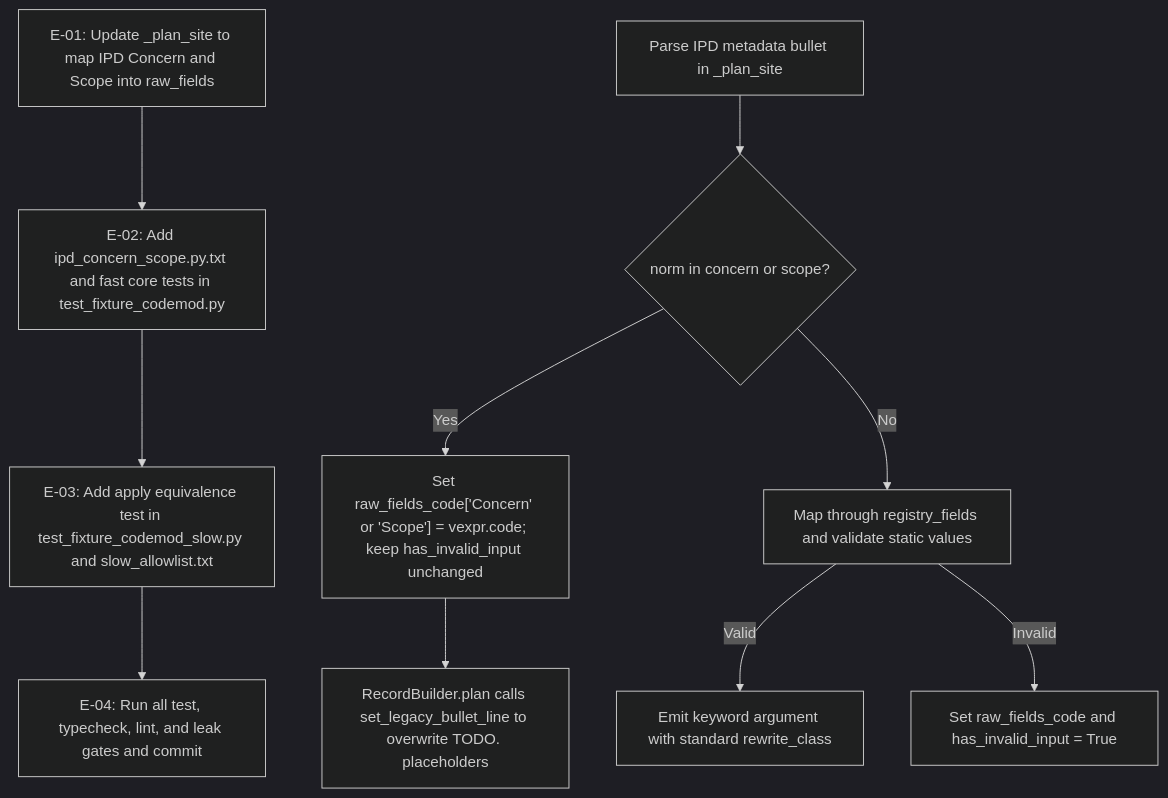
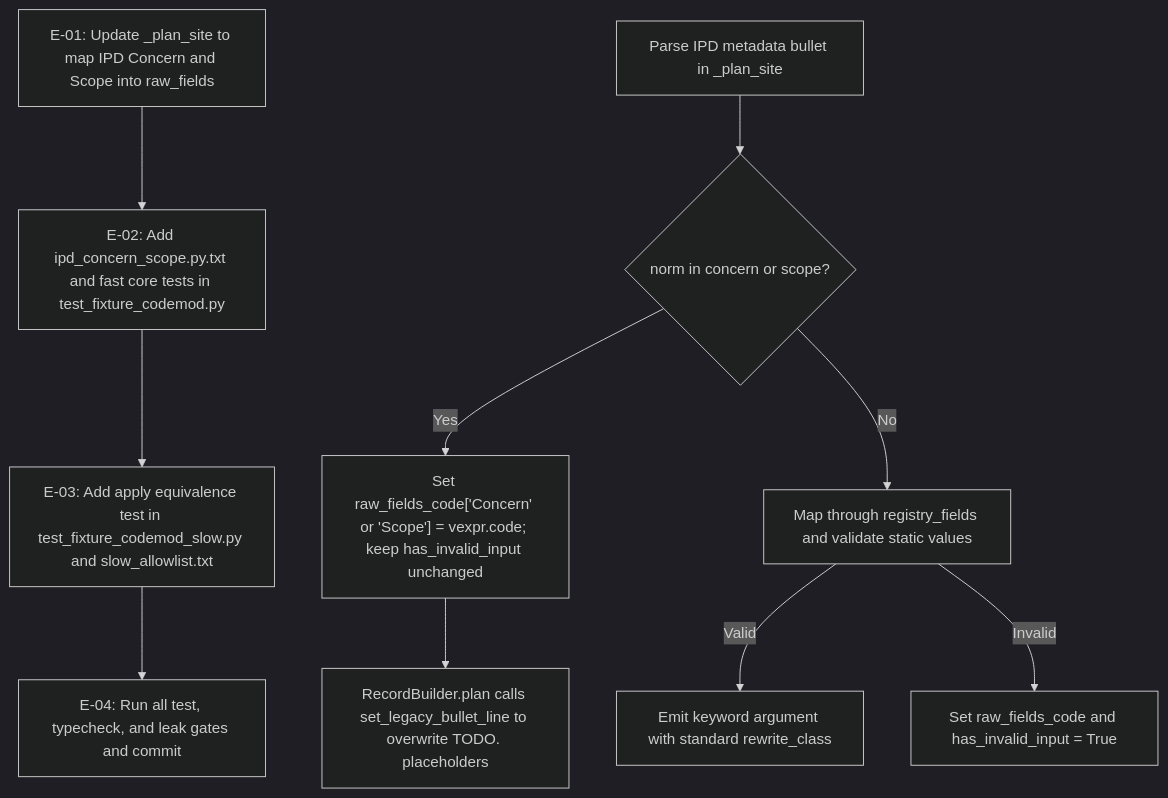
The second of 2 diagrams in .aw/records/plans/pending/20261121-b1j6bl-01-kbh055-preserve-concern-and-scope-bullets-in-fixture-codemod-plan-s.ipd.md (fariello/agent-workflows), drawn with Mermaid (dark theme) before and after one commit. The commit also changed other lines of this file and 1 other file, not shown here.

````diff
--- a/.aw/records/plans/pending/20261121-b1j6bl-01-kbh055-preserve-concern-and-scope-bullets-in-fixture-codemod-plan-s.ipd.md
+++ b/.aw/records/plans/pending/20261121-b1j6bl-01-kbh055-preserve-concern-and-scope-bullets-in-fixture-codemod-plan-s.ipd.md
@@ -99,13 +102,13 @@
 ```mermaid
 flowchart TD
     E01["E-01: Update _plan_site to map IPD Concern and Scope into raw_fields"] --> E02["E-02: Add ipd_concern_scope.py.txt and fast core tests in test_fixture_codemod.py"]
     E02 --> E03["E-03: Add apply equivalence test in test_fixture_codemod_slow.py and slow_allowlist.txt"]
-    E03 --> E04["E-04: Run all test, typecheck, lint, and leak gates and commit"]
+    E03 --> E04["E-04: Run all test, typecheck, and leak gates and commit"]
 
     B["Parse IPD metadata bullet in _plan_site"] --> C{"norm in concern or scope?"}
     C -->|Yes| D["Set raw_fields_code['Concern' or 'Scope'] = vexpr.code; keep has_invalid_input unchanged"]
     C -->|No| F["Map through registry_fields and validate static values"]
     F -->|Valid| G["Emit keyword argument with standard rewrite_class"]
     F -->|Invalid| H["Set raw_fields_code and has_invalid_input = True"]
     D --> I["RecordBuilder.plan calls set_legacy_bullet_line to overwrite TODO. placeholders"]
 ```
````
